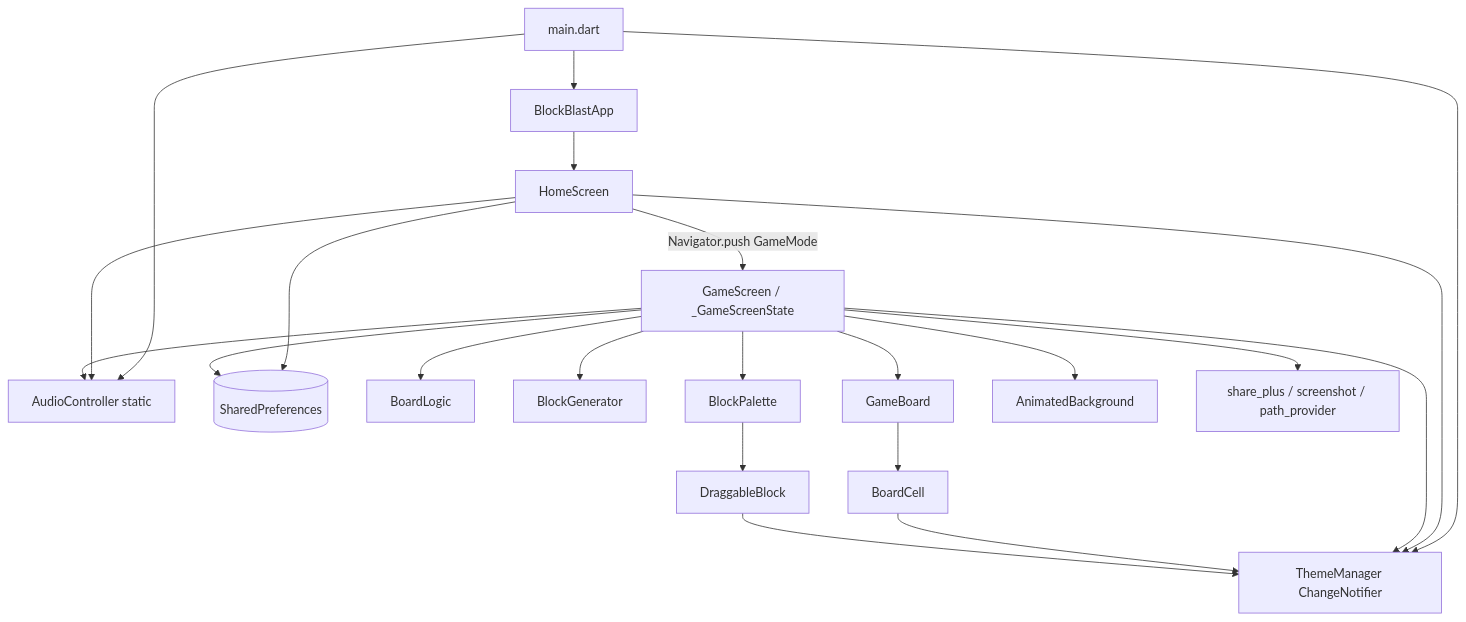
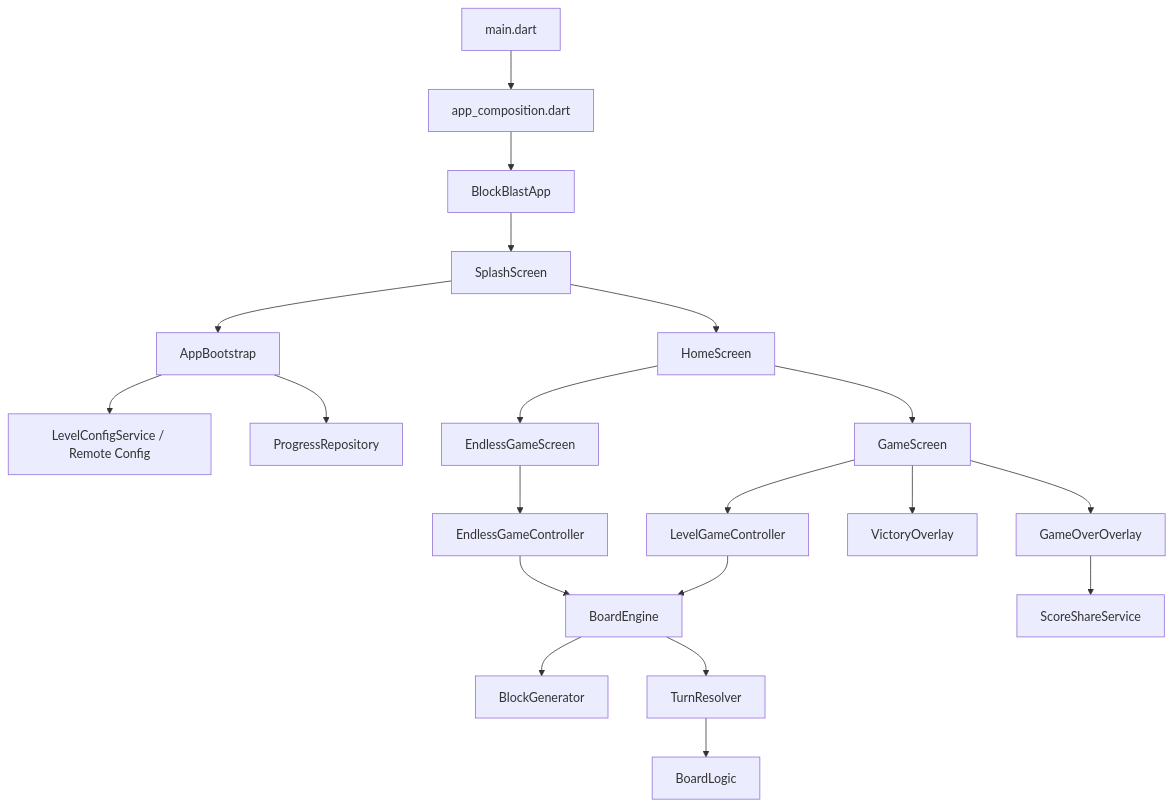
The first of 2 diagrams in aidlc/spaces/default/codekb/block-crush-game-main/architecture.md (hoanghungchelseafcnew-ops/blockblast), drawn with Mermaid before and after one commit. The commit also changed other lines of this file and 443 other files, not shown here.

````diff
--- a/aidlc/spaces/default/codekb/block-crush-game-main/architecture.md
+++ b/aidlc/spaces/default/codekb/block-crush-game-main/architecture.md
@@ -17,22 +7,22 @@
 ```mermaid
 flowchart TD
-  main[main.dart] --> AC[AudioController static]
-  main --> TM[ThemeManager ChangeNotifier]
-  main --> App[BlockBlastApp]
-  App --> Home[HomeScreen]
-  Home -->|Navigator.push GameMode| Game[GameScreen / _GameScreenState]
-  Home --> TM
-  Home --> AC
-  Home --> SP[(SharedPreferences)]
-  Game --> BL[BoardLogic]
-  Game --> BG[BlockGenerator]
-  Game --> GB[GameBoard] --> BC[BoardCell]
-  Game --> BP[BlockPalette] --> DB[DraggableBlock]
-  Game --> AB[AnimatedBackground]
-  Game --> AC
-  Game --> TM
-  Game --> SP
-  Game --> Share[share_plus / screenshot / path_provider]
-  BC --> TM
-  DB --> TM
+  main[main.dart] --> comp[app_composition.dart]
+  comp --> app[BlockBlastApp]
+  app --> splash[SplashScreen]
+  splash --> boot[AppBootstrap]
+  boot --> rc[LevelConfigService / Remote Config]
+  boot --> prog[ProgressRepository]
+  splash --> home[HomeScreen]
+  home --> gs[GameScreen]
+  home --> es[EndlessGameScreen]
+  gs --> lgc[LevelGameController]
+  es --> egc[EndlessGameController]
+  lgc --> eng[BoardEngine]
+  egc --> eng
+  eng --> gen[BlockGenerator]
+  eng --> tr[TurnResolver]
+  tr --> bl[BoardLogic]
+  gs --> vo[VictoryOverlay]
+  gs --> go[GameOverOverlay]
+  go --> share[ScoreShareService]
 ```
````
